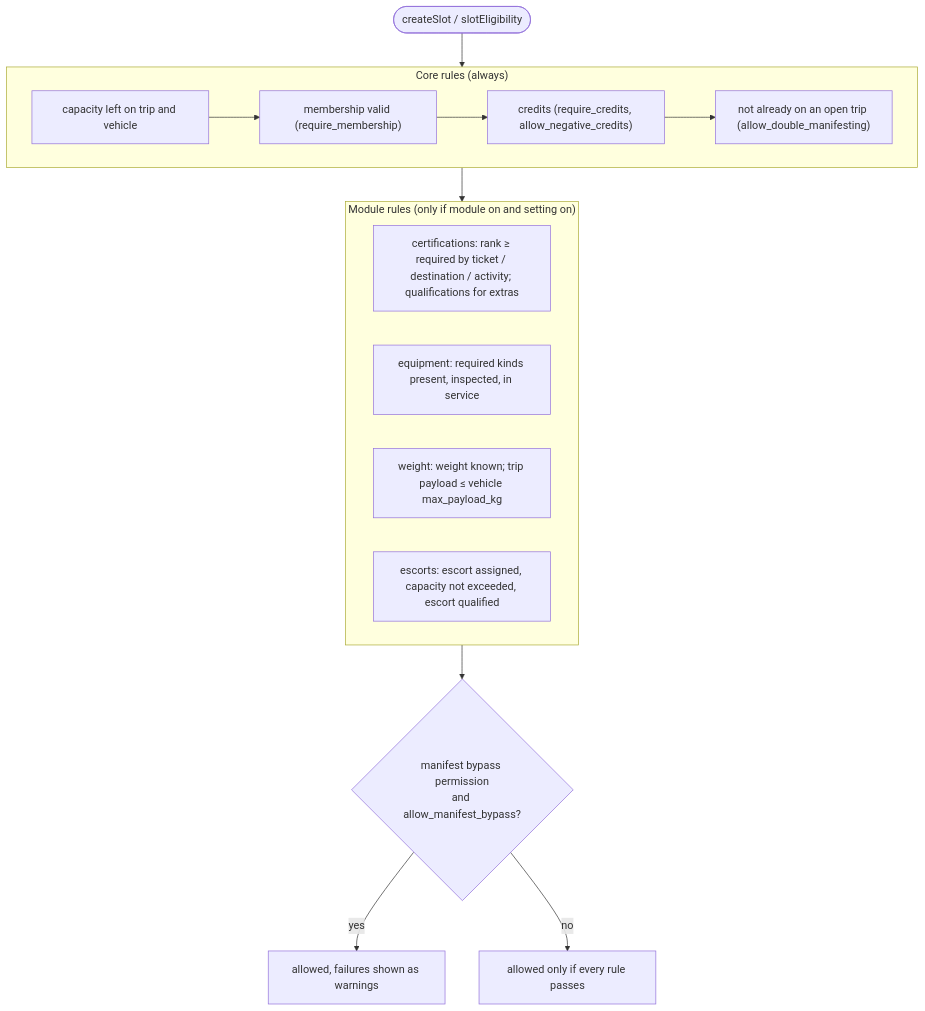
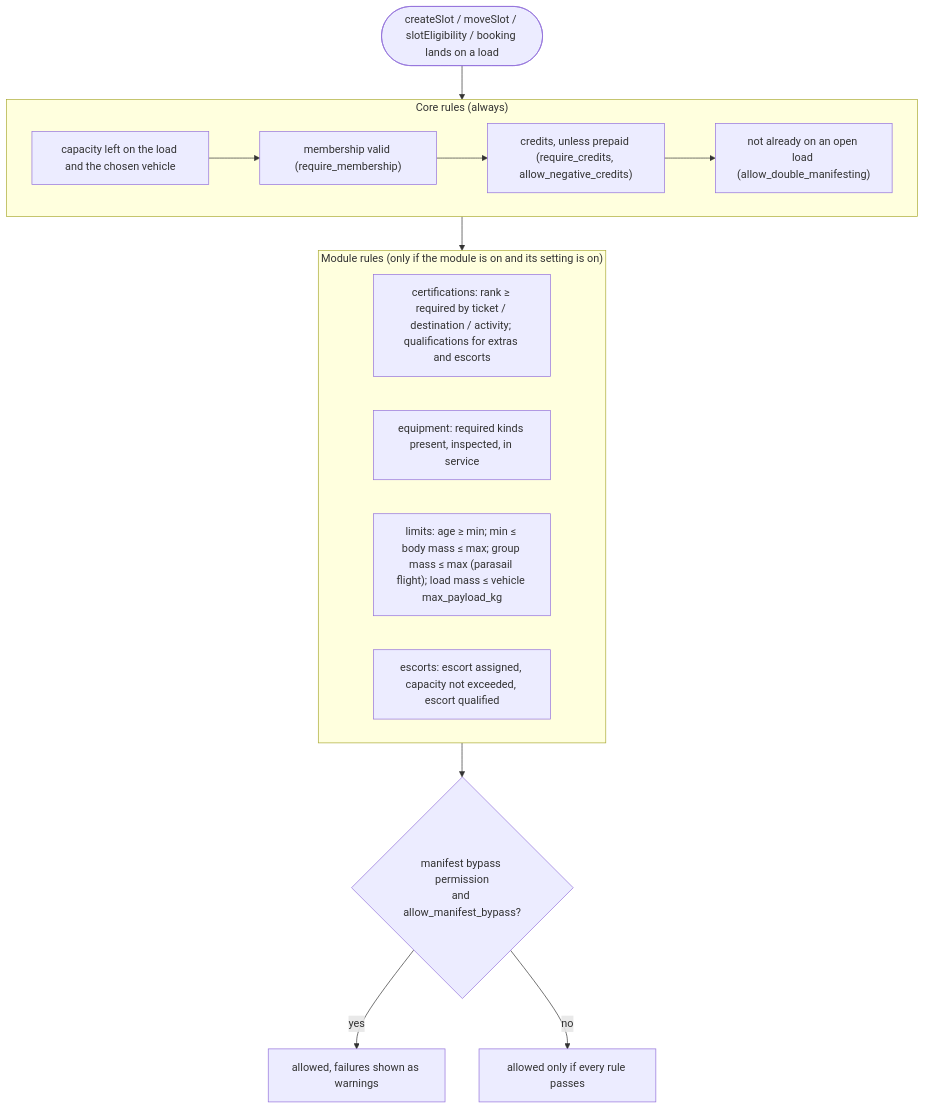
Before and after one commit to OpenManifest/openmanifest-server: the seventh of 10 diagrams in docs/reference/GENERALISATION.md, drawn with Mermaid. The commit also changed other lines of this file and 1 other file, not shown here.

````diff
--- a/docs/reference/GENERALISATION.md
+++ b/docs/reference/GENERALISATION.md
@@ -435,17 +531,17 @@
 ```mermaid
 flowchart TD
-  Start(["createSlot / slotEligibility"]) --> Core
+  Start(["createSlot / moveSlot / slotEligibility / booking lands on a load"]) --> Core
   subgraph Core["Core rules (always)"]
-    C1["capacity left on trip and vehicle"] --> C2["membership valid (require_membership)"] --> C3["credits (require_credits, allow_negative_credits)"] --> C4["not already on an open trip (allow_double_manifesting)"]
+    C1["capacity left on the load and the chosen vehicle"] --> C2["membership valid (require_membership)"] --> C3["credits, unless prepaid (require_credits, allow_negative_credits)"] --> C4["not already on an open load (allow_double_manifesting)"]
   end
   Core --> Mods
-  subgraph Mods["Module rules (only if module on and setting on)"]
-    M1["certifications: rank ≥ required by ticket / destination / activity; qualifications for extras"]
+  subgraph Mods["Module rules (only if the module is on and its setting is on)"]
+    M1["certifications: rank ≥ required by ticket / destination / activity; qualifications for extras and escorts"]
     M2["equipment: required kinds present, inspected, in service"]
-    M3["weight: weight known; trip payload ≤ vehicle max_payload_kg"]
+    M3["limits: age ≥ min; min ≤ body mass ≤ max; group mass ≤ max (parasail flight); load mass ≤ vehicle max_payload_kg"]
     M4["escorts: escort assigned, capacity not exceeded, escort qualified"]
   end
   Mods --> Bypass{"manifest bypass permission<br/>and allow_manifest_bypass?"}
   Bypass -- "yes" --> Warn["allowed, failures shown as warnings"]
   Bypass -- "no" --> Result["allowed only if every rule passes"]
 ```
````
